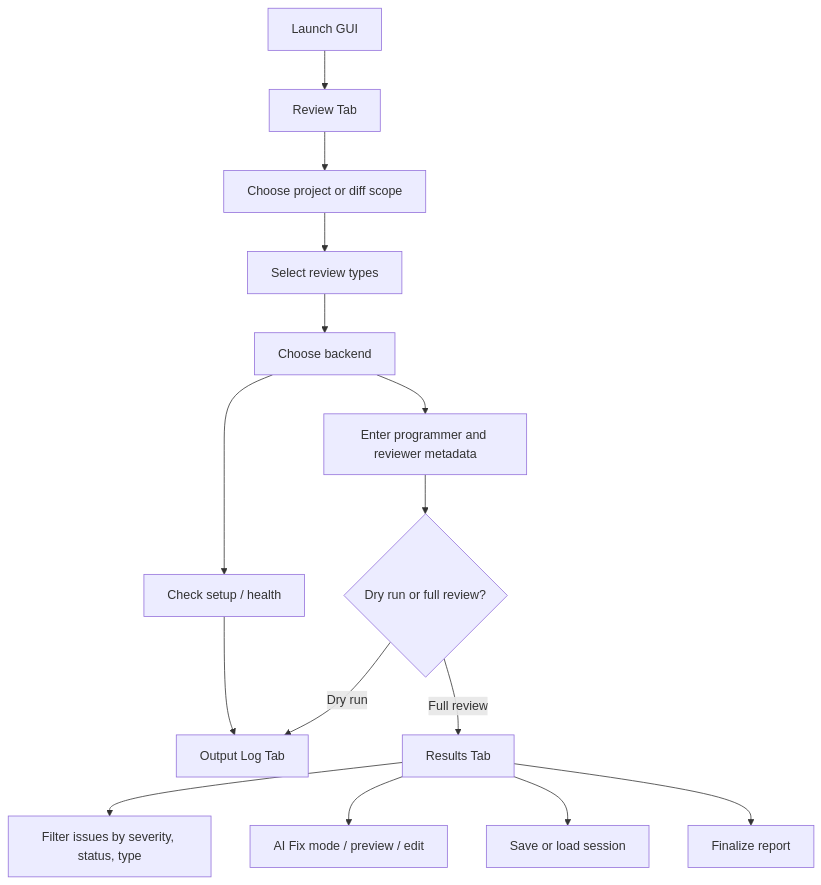
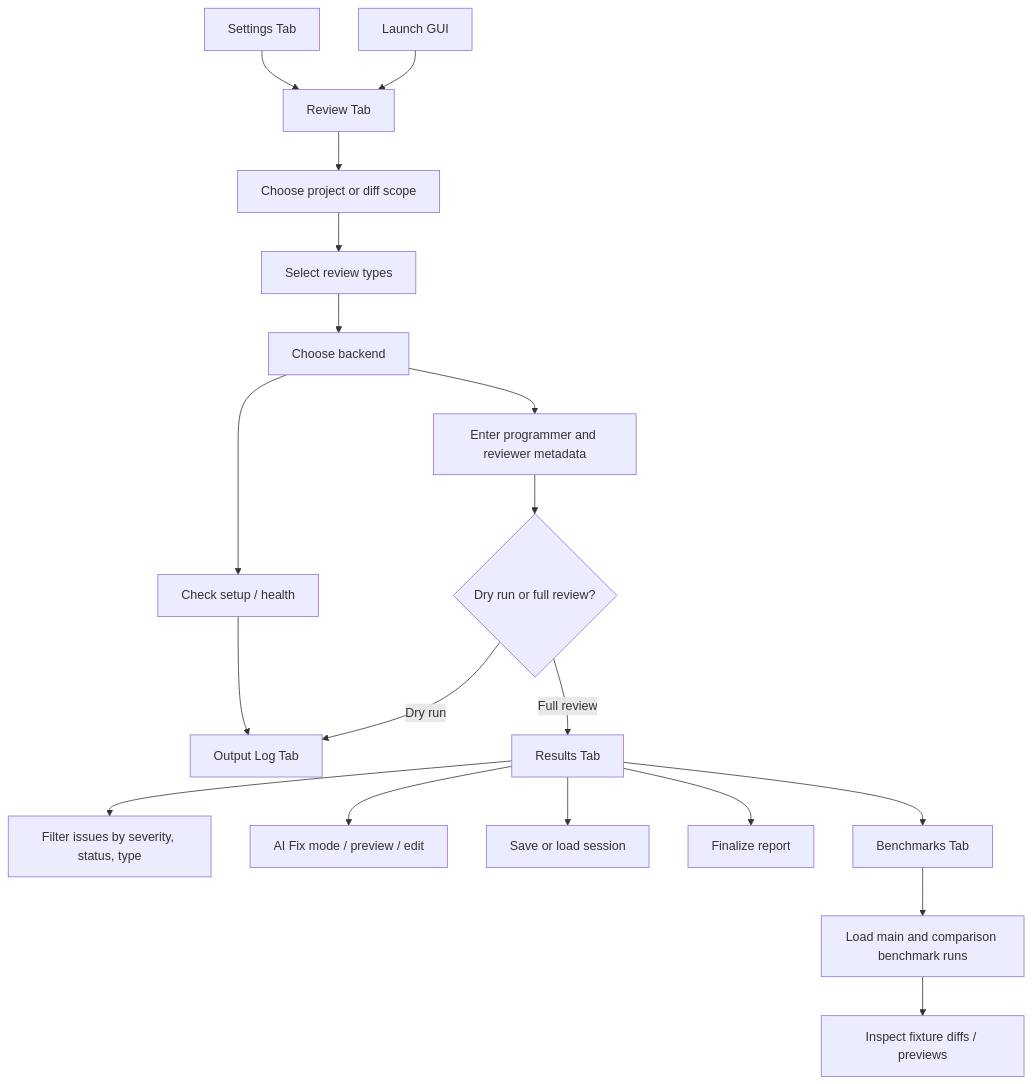
Before and after one commit to gallaway-jp/AICodeReviewer: the first of 2 diagrams in docs/gui.md, drawn with Mermaid. The commit also changed other lines of this file and 186 other files, not shown here.

````diff
--- a/docs/gui.md
+++ b/docs/gui.md
@@ -113,17 +162,21 @@
 ```mermaid
 flowchart TD
 	Launch[Launch GUI] --> Review[Review Tab]
 	Review --> Scope[Choose project or diff scope]
 	Scope --> Types[Select review types]
 	Types --> Backend[Choose backend]
 	Backend --> Meta[Enter programmer and reviewer metadata]
 	Meta --> Run{Dry run or full review?}
 	Run -->|Dry run| Log[Output Log Tab]
 	Run -->|Full review| Results[Results Tab]
 	Results --> Filter[Filter issues by severity, status, type]
 	Results --> Fix[AI Fix mode / preview / edit]
 	Results --> Session[Save or load session]
 	Results --> Finalize[Finalize report]
+	Results --> Benchmarks[Benchmarks Tab]
+	Benchmarks --> Compare[Load main and comparison benchmark runs]
+	Compare --> Diff[Inspect fixture diffs / previews]
+	Settings[Settings Tab] --> Review
 	Backend --> Health[Check setup / health]
 	Health --> Log
 ```
````
